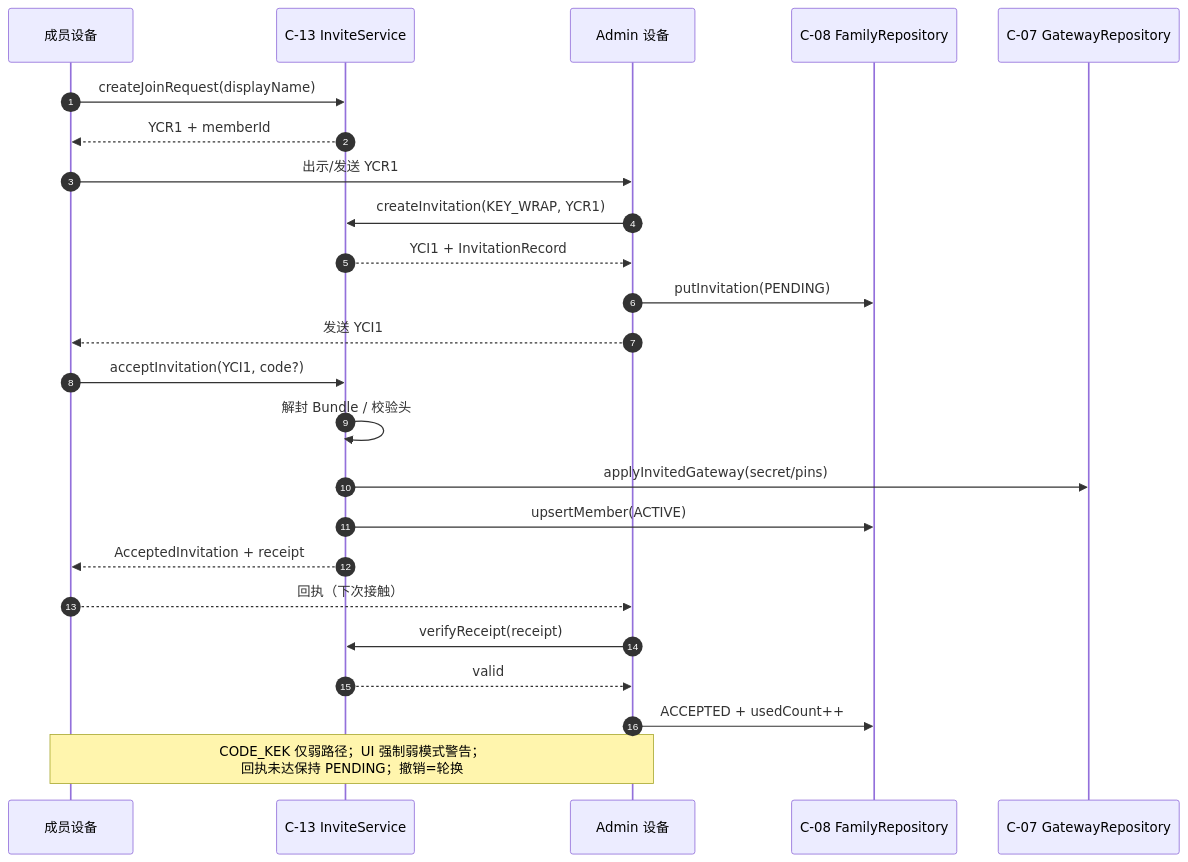
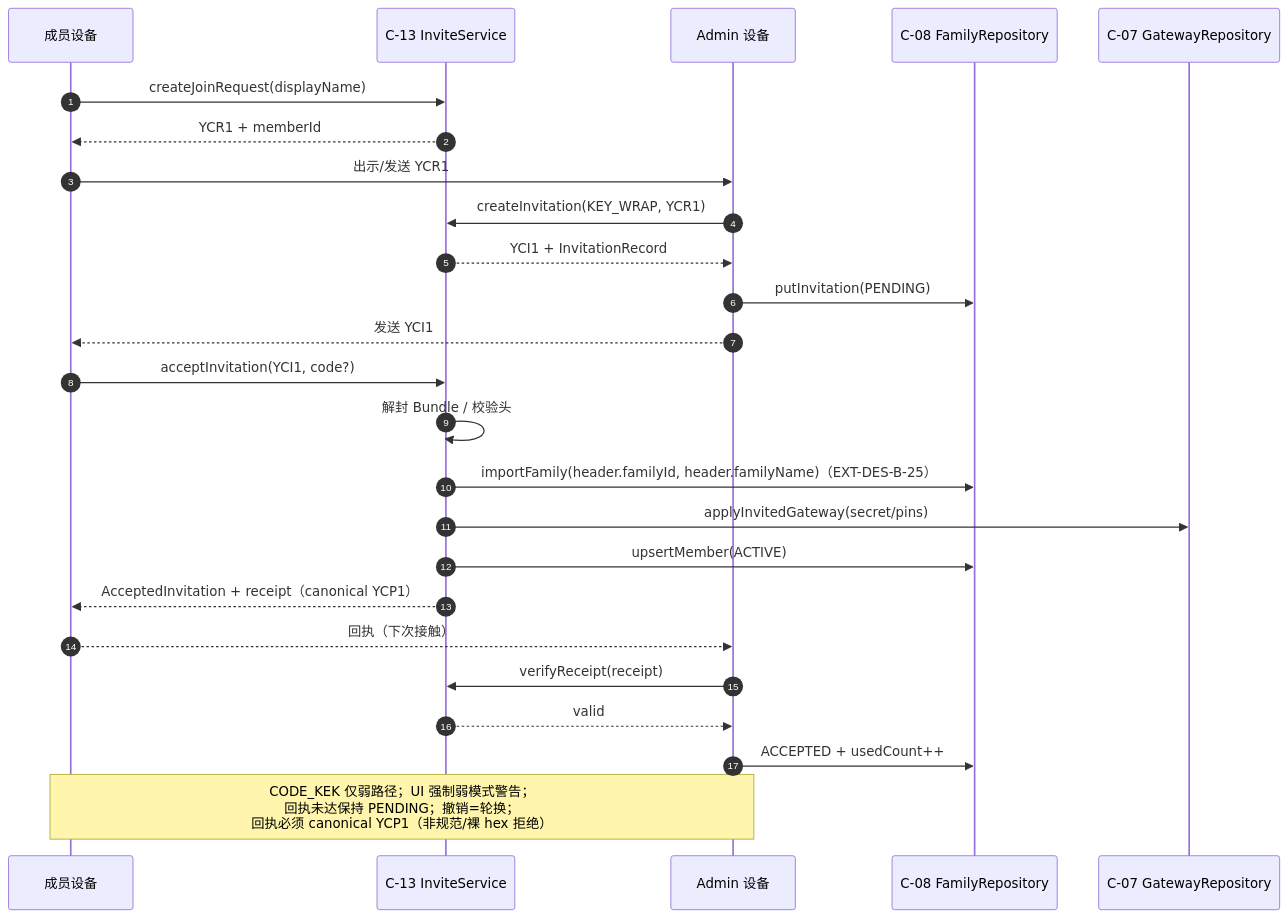
Diagram 22 of 24 in artifacts/40-detailed-design/des-001b-domain-presentation.md (Quirkybrain/YaoCore), drawn with Mermaid before and after one commit. The commit also changed other lines of this file and 1 other file, not shown here.

Commit message:
docs(design): 裁定 YCP1 回执与家庭导入契约

````diff
--- a/artifacts/40-detailed-design/des-001b-domain-presentation.md
+++ b/artifacts/40-detailed-design/des-001b-domain-presentation.md
@@ -5288,27 +5327,28 @@
 ```mermaid
 sequenceDiagram
     autonumber
     participant M as 成员设备
     participant I as C-13 InviteService
     participant A as Admin 设备
     participant R as C-08 FamilyRepository
     participant G as C-07 GatewayRepository
 
     M->>I: createJoinRequest(displayName)
     I-->>M: YCR1 + memberId
     M->>A: 出示/发送 YCR1
     A->>I: createInvitation(KEY_WRAP, YCR1)
     I-->>A: YCI1 + InvitationRecord
     A->>R: putInvitation(PENDING)
     A-->>M: 发送 YCI1
     M->>I: acceptInvitation(YCI1, code?)
     I->>I: 解封 Bundle / 校验头
+    I->>R: importFamily(header.familyId, header.familyName)（EXT-DES-B-25）
     I->>G: applyInvitedGateway(secret/pins)
     I->>R: upsertMember(ACTIVE)
-    I-->>M: AcceptedInvitation + receipt
+    I-->>M: AcceptedInvitation + receipt（canonical YCP1）
     M-->>A: 回执（下次接触）
     A->>I: verifyReceipt(receipt)
     I-->>A: valid
     A->>R: ACCEPTED + usedCount++
-    Note over M,A: CODE_KEK 仅弱路径；UI 强制弱模式警告；<br/>回执未达保持 PENDING；撤销=轮换
+    Note over M,A: CODE_KEK 仅弱路径；UI 强制弱模式警告；<br/>回执未达保持 PENDING；撤销=轮换；<br/>回执必须 canonical YCP1（非规范/裸 hex 拒绝）
 ```
````
